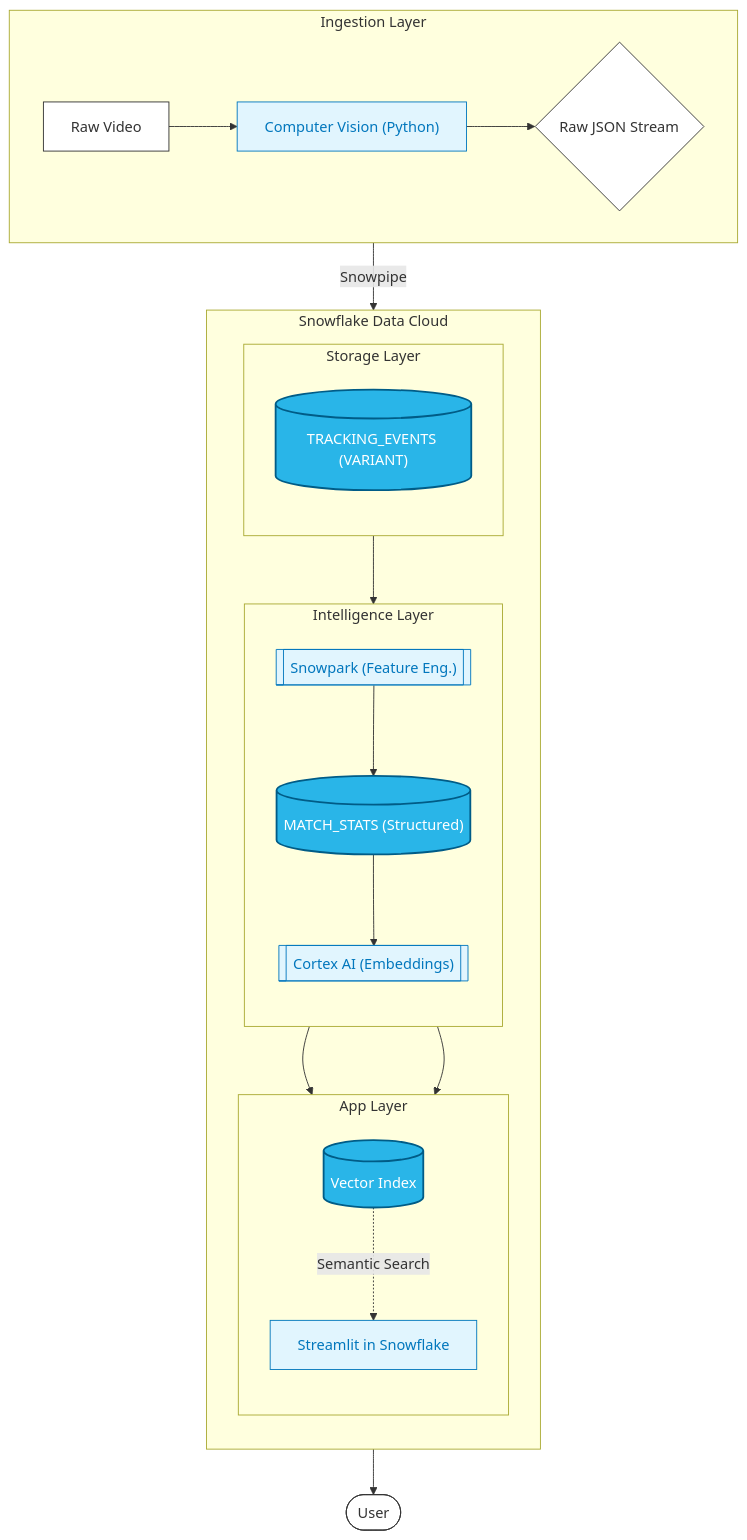
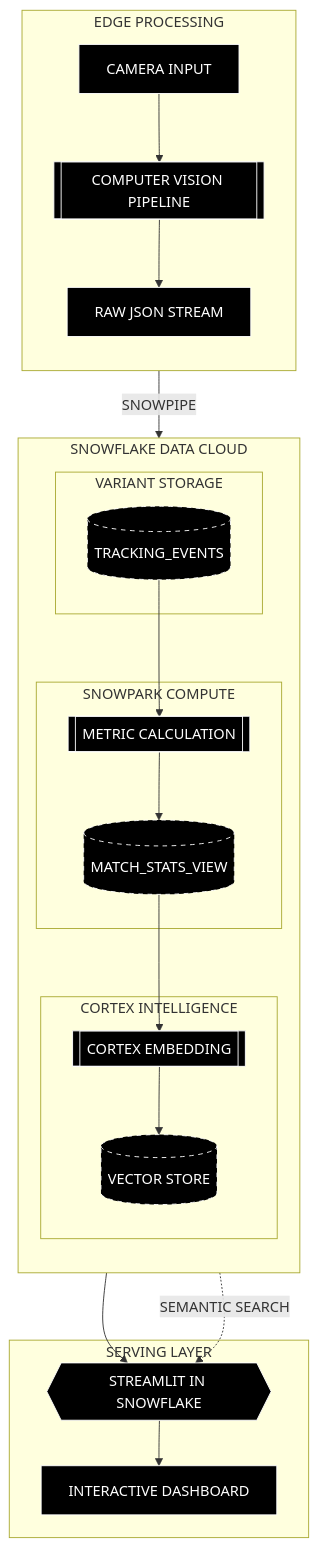
One commit to akhilm2223/TT-HACKCOLUMBAI changed the second of 2 diagrams in README/README.md. Above: the diagram before and after it, drawn with Mermaid. The commit also changed other lines of this file, not shown here.

Commit message:
style: update diagrams to high-contrast blueprint theme

````diff
--- a/README/README.md
+++ b/README/README.md
@@ -65,64 +86,65 @@
 ```mermaid
-graph TD
-    %% Global Styling
-    classDef box fill:#fff,stroke:#333,stroke-width:1px,color:#333;
-    classDef snow fill:#29B5E8,stroke:#005c87,stroke-width:2px,color:white;
-    classDef process fill:#e1f5fe,stroke:#0277bd,stroke-width:1px,color:#0277bd;
+graph TB
+    %% High Contrast "Blueprint" Style
+    classDef box fill:#000,stroke:#fff,stroke-width:1px,color:#fff;
+    classDef proc fill:#000,stroke:#fff,stroke-width:2px,color:#fff;
+    classDef db fill:#000,stroke:#fff,stroke-width:1px,stroke-dasharray: 5 5,color:#fff;
 
     %% ---------------------------------------------------------
-    %% LAYER 1: INGESTION
+    %% 1. INGESTION LAYER (EDGE)
     %% ---------------------------------------------------------
-    subgraph Ingest [Ingestion Layer]
-        direction LR
-        Video[Raw Video] --> CV["Computer Vision (Python)"]
-        CV --> JSON{"Raw JSON Stream"}
+    subgraph Edge [EDGE PROCESSING]
+        direction TB
+        Camera[CAMERA INPUT]
+        CV[[COMPUTER VISION PIPELINE]]
+        JSON[RAW JSON STREAM]
     end
 
     %% ---------------------------------------------------------
-    %% LAYER 2: SNOWFLAKE DATA CLOUD
+    %% 2. DATA CLOUD (SNOWFLAKE)
     %% ---------------------------------------------------------
-    subgraph Cloud [Snowflake Data Cloud]
+    subgraph Snowflake [SNOWFLAKE DATA CLOUD]
         direction TB
-        
-        subgraph Storage [Storage Layer]
-            direction TB
-            RawTable[("TRACKING_EVENTS (VARIANT)")]
+
+        subgraph Storage [VARIANT STORAGE]
+            RawTable[(TRACKING_EVENTS)]
         end
-        
-        subgraph Intelligence [Intelligence Layer]
-            direction TB
-            Snowpark[["Snowpark (Feature Eng.)"]]
-            StatsTable[("MATCH_STATS (Structured)")]
-            Cortex[["Cortex AI (Embeddings)"]]
+
+        subgraph Compute [SNOWPARK COMPUTE]
+            FeatureEng[[METRIC CALCULATION]]
+            StatsTable[(MATCH_STATS_VIEW)]
         end
-        
-        subgraph Serving [App Layer]
-            direction TB
-            VectorIndex[("Vector Index")]
-            SiS["Streamlit in Snowflake"]
+
+        subgraph AI [CORTEX INTELLIGENCE]
+            Embed[[CORTEX EMBEDDING]]
+            VectorIndex[(VECTOR STORE)]
         end
     end
 
     %% ---------------------------------------------------------
+    %% 3. SERVING LAYER (SIS)
+    %% ---------------------------------------------------------
+    subgraph App [SERVING LAYER]
+        SiS{{STREAMLIT IN SNOWFLAKE}}
+        Dashboard[INTERACTIVE DASHBOARD]
+    end
+
     %% CONNECTIONS
-    %% ---------------------------------------------------------
-    JSON -->|Snowpipe| RawTable
-    
-    RawTable --> Snowpark
-    Snowpark --> StatsTable
-    
-    StatsTable --> Cortex
-    Cortex --> VectorIndex
-    
+    Camera --> CV
+    CV --> JSON
+    JSON -->|SNOWPIPE| RawTable
+
+    RawTable --> FeatureEng
+    FeatureEng --> StatsTable
+
+    StatsTable --> Embed
+    Embed --> VectorIndex
+
     StatsTable --> SiS
-    VectorIndex -.->|Semantic Search| SiS
+    VectorIndex -.->|SEMANTIC SEARCH| SiS
+    SiS --> Dashboard
 
-    %% Output
-    User([User])
-    SiS --> User
-
-    %% Apply Styles
-    class RawTable,StatsTable,VectorIndex snow;
-    class CV,Snowpark,Cortex,SiS process;
-    class Video,JSON,User box;
+    %% APPLY STYLES
+    class Camera,CV,JSON,FeatureEng,Embed,SiS,Dashboard box;
+    class RawTable,StatsTable,VectorIndex db;
 ```
````
